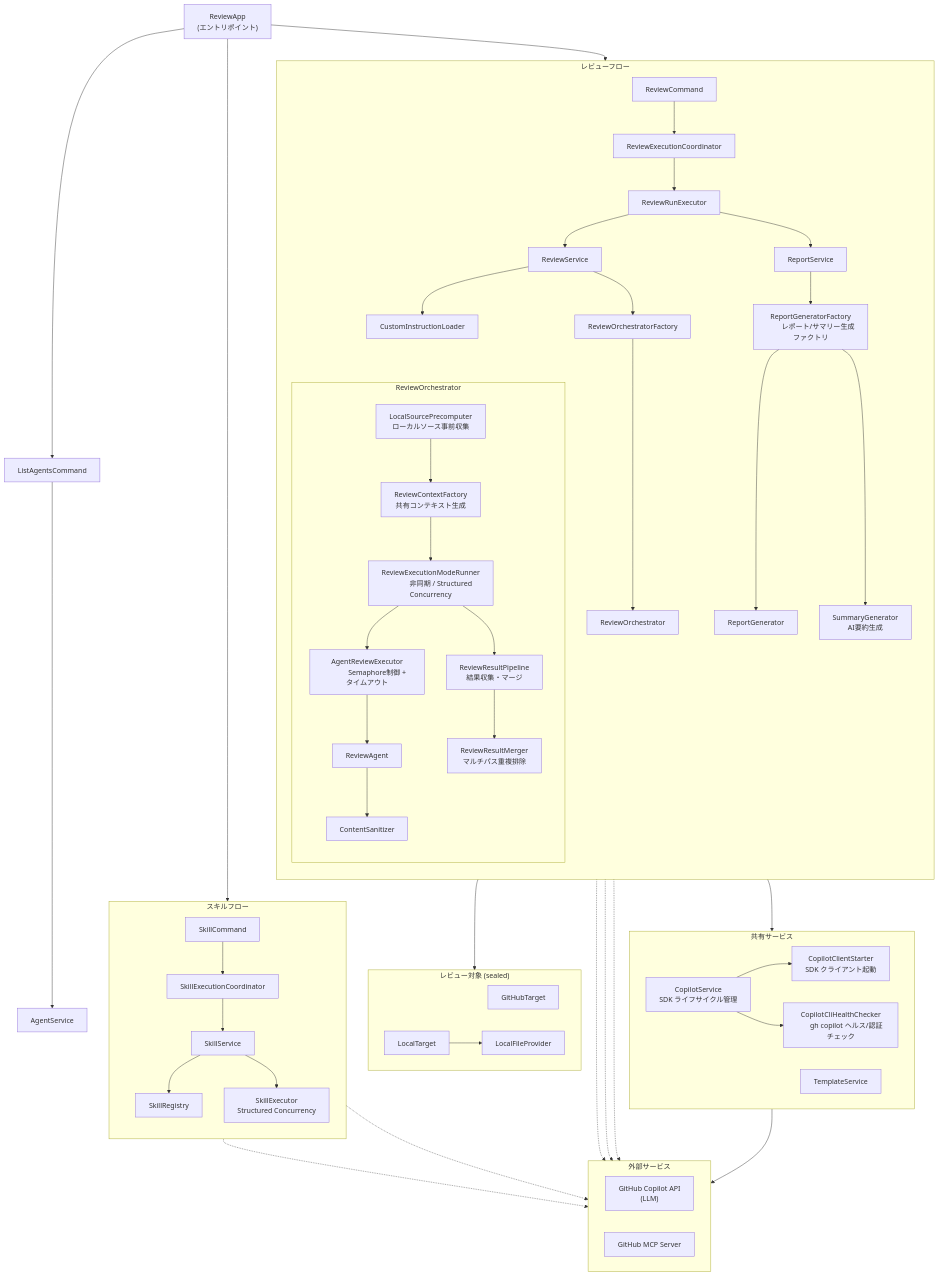
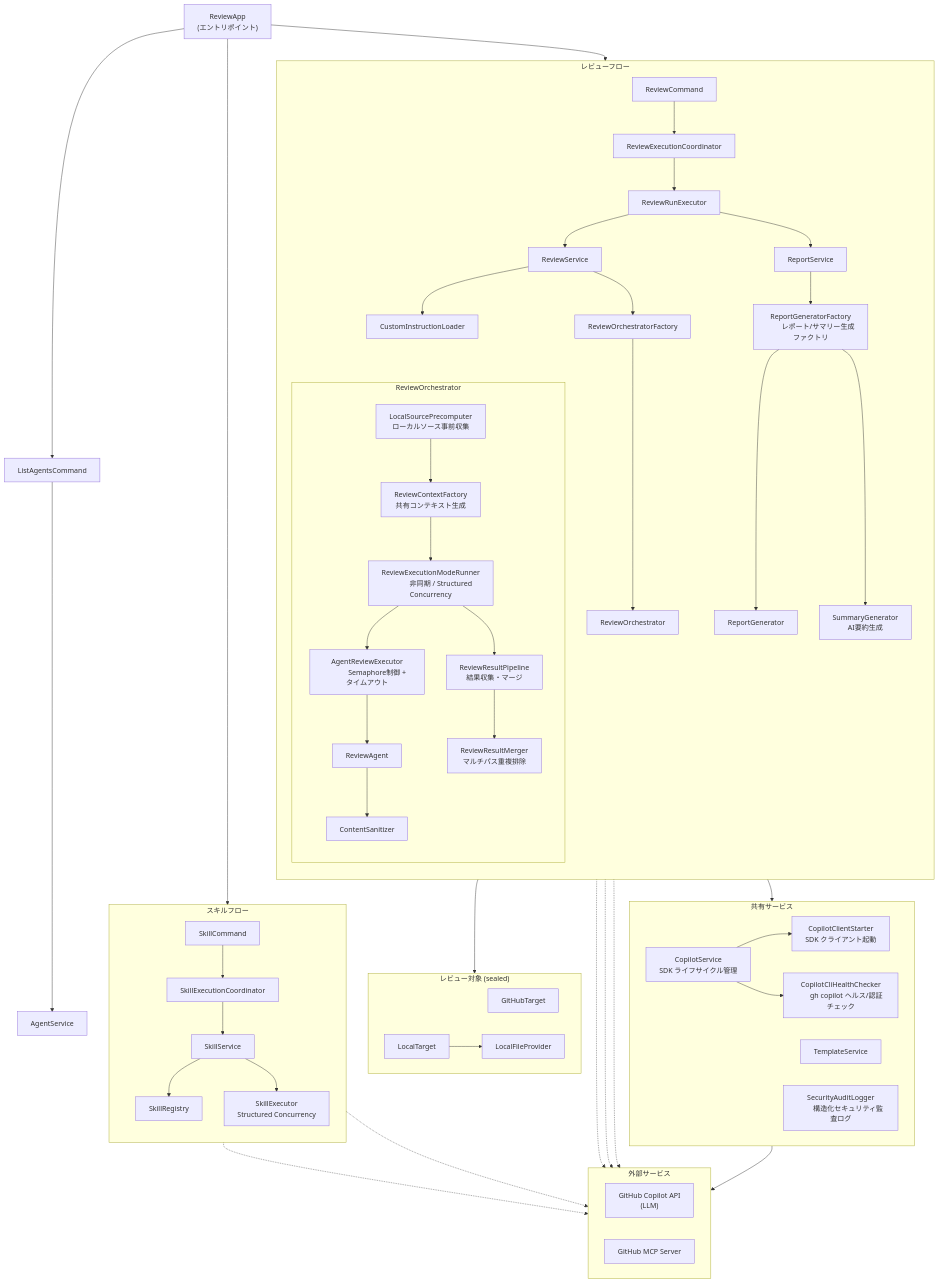
The diagram in README_ja.md (anishi1222/multi-agent-code-reviewer-java), drawn with Mermaid before and after one commit. The commit also changed other lines of this file and 1 other file, not shown here.

First line of the commit message:
docs: sync project structure and architecture diagram to v12 (#96)

```diff
--- a/README_ja.md
+++ b/README_ja.md
@@ -819,6 +819,8 @@
       CopilotCliHealthChecker["CopilotCliHealthChecker
       gh copilot ヘルス/認証チェック"]
         TemplateService
+        SecurityAuditLogger["SecurityAuditLogger
+        構造化セキュリティ監査ログ"]
     end
 
     ReviewExecutionCoordinator --> CopilotService
```
